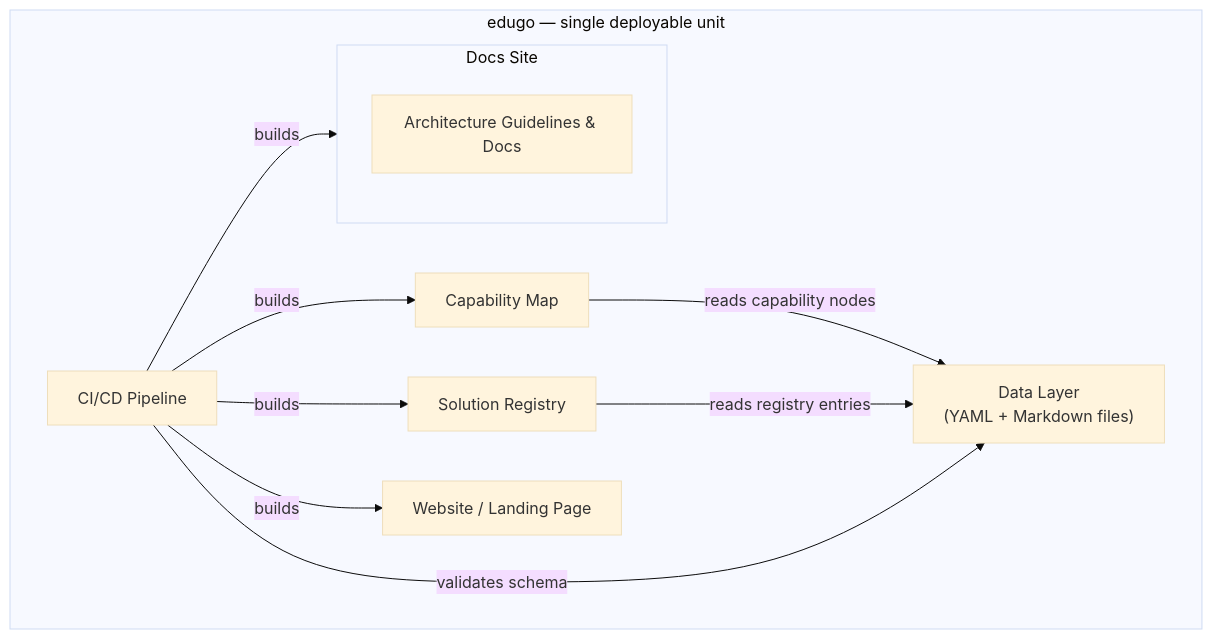
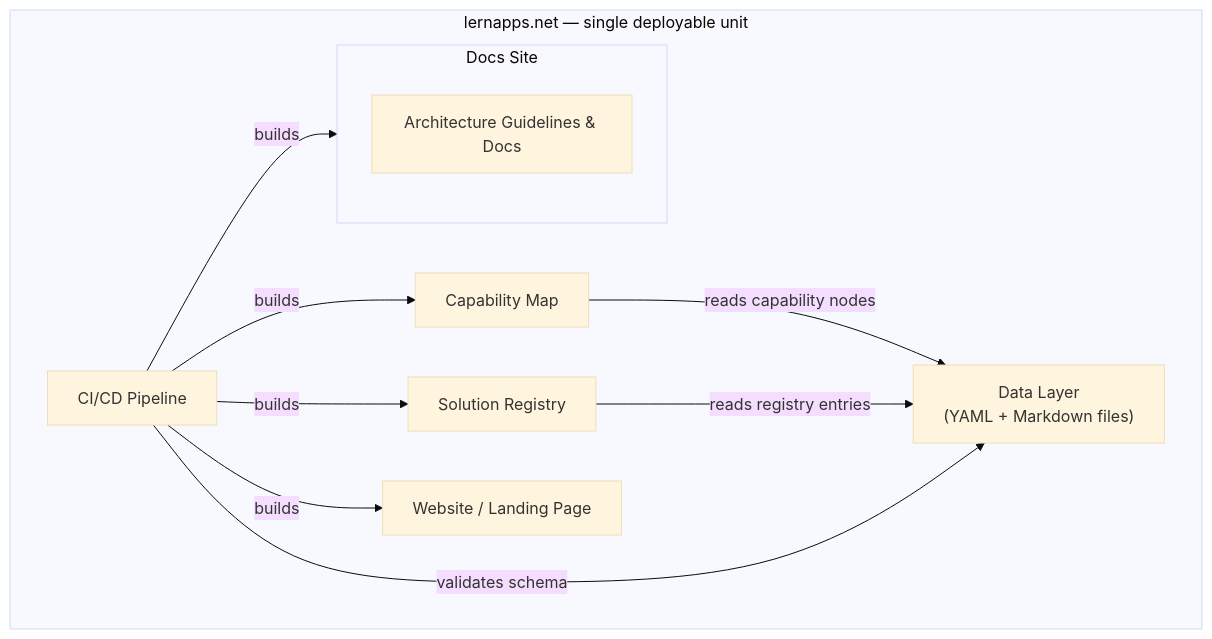
The diagram in docs/arc42/05-building-blocks.arc42.md (lernapps/map), drawn with Mermaid (base theme) before and after one commit. The commit also changed other lines of this file and 13 other files, not shown here.

First line of the commit message:
docs(arc42): rename edugo to lernapps.net

````diff
--- a/docs/arc42/05-building-blocks.arc42.md
+++ b/docs/arc42/05-building-blocks.arc42.md
@@ -21,21 +21,21 @@
 ```mermaid
 graph TD
-  subgraph edugo["edugo — single deployable unit"]
+  subgraph lernapps["lernapps.net — single deployable unit"]
     bb_website["Website / Landing Page"]
     bb_cap["Capability Map"]
     bb_reg["Solution Registry"]
     bb_data["Data Layer\n(YAML + Markdown files)"]
     subgraph bb_docs["Docs Site"]
       bb_arc42["Architecture Guidelines & Docs"]
     end
     bb_cicd["CI/CD Pipeline"]
   end
 
   bb_cap -->|reads capability nodes| bb_data
   bb_reg -->|reads registry entries| bb_data
   bb_cicd -->|validates schema| bb_data
   bb_cicd -->|builds| bb_website
   bb_cicd -->|builds| bb_cap
   bb_cicd -->|builds| bb_reg
   bb_cicd -->|builds| bb_docs
 ```
````
